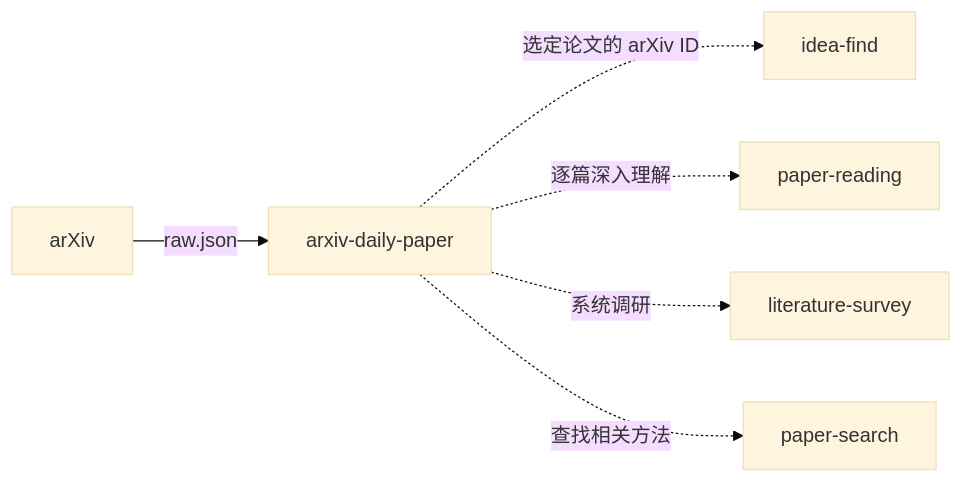
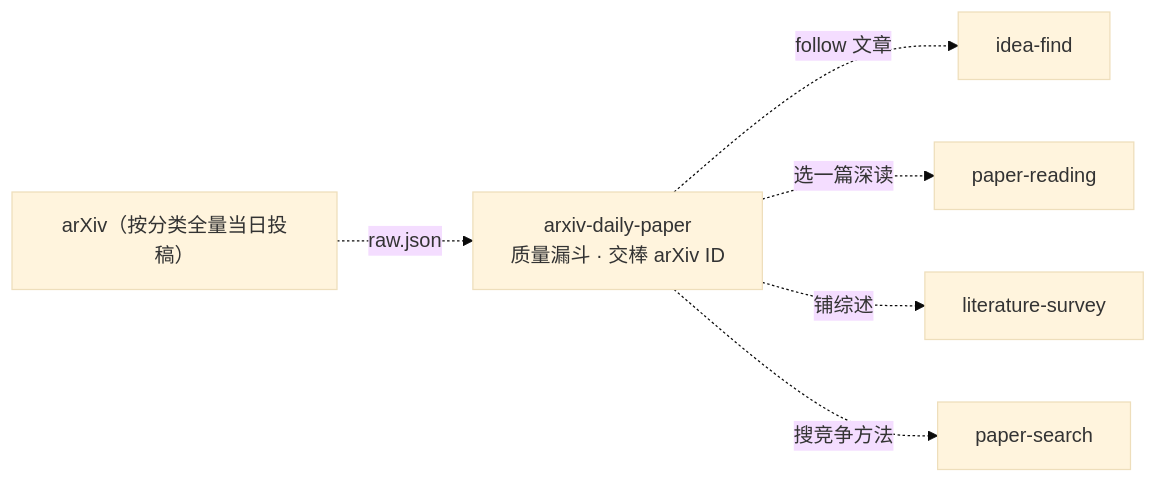
One commit to jackwang0108/dl-assistant changed the first of 2 diagrams in plugins/dl-assistant/skills/arxiv-daily-paper/SKILL.md. Above: the diagram before and after it, drawn with Mermaid (base theme). The commit also changed other lines of this file and 256 other files, not shown here.

````diff
--- a/plugins/dl-assistant/skills/arxiv-daily-paper/SKILL.md
+++ b/plugins/dl-assistant/skills/arxiv-daily-paper/SKILL.md
@@ -12,8 +20,9 @@
 ```mermaid
 flowchart LR
-    SRC[arXiv] -->|raw.json| AD[arxiv-daily-paper]
-    AD -.->|选定论文的 arXiv ID| IF[idea-find]
-    AD -.->|逐篇深入理解| PR[paper-reading]
-    AD -.->|系统调研| LS[literature-survey]
-    AD -.->|查找相关方法| PS[paper-search]
+    SRC["arXiv（按分类全量当日投稿）"] -.->|raw.json| AD
+    AD["arxiv-daily-paper<br/>质量漏斗 · 交棒 arXiv ID"]
+    AD -.->|follow 文章| IF[idea-find]
+    AD -.->|选一篇深读| PR[paper-reading]
+    AD -.->|铺综述| LS[literature-survey]
+    AD -.->|搜竞争方法| PS[paper-search]
 ```
````
